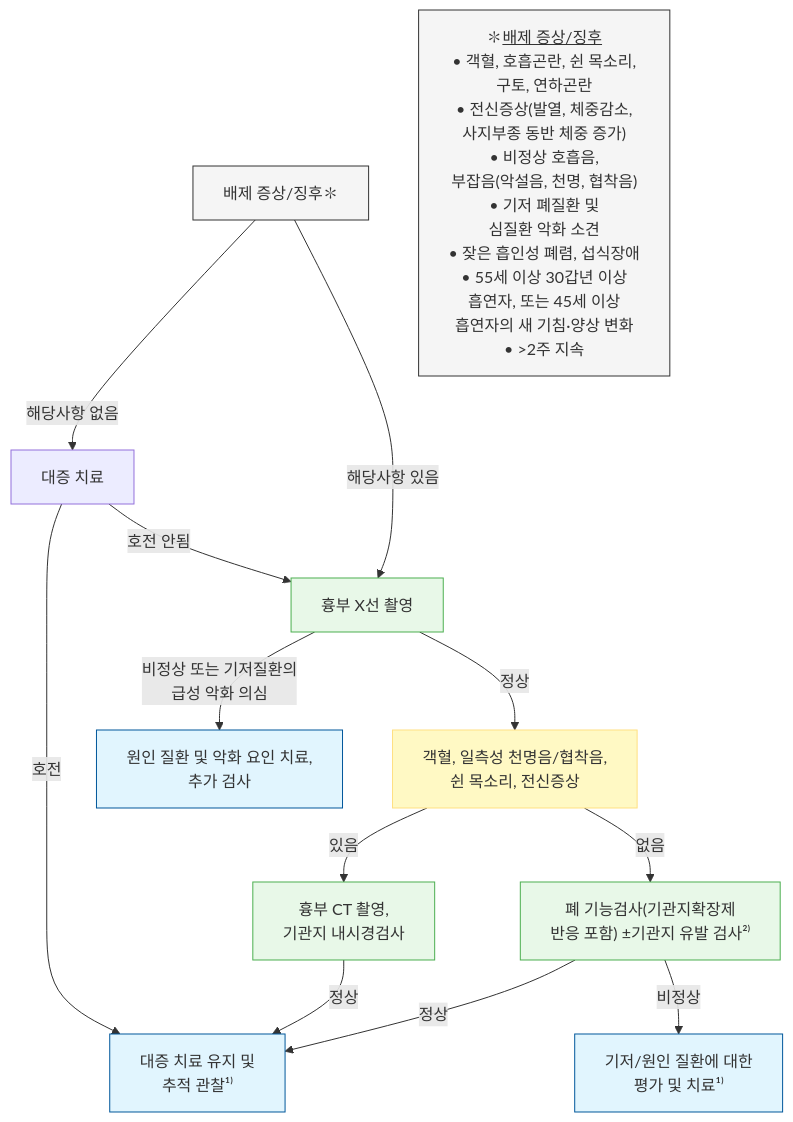
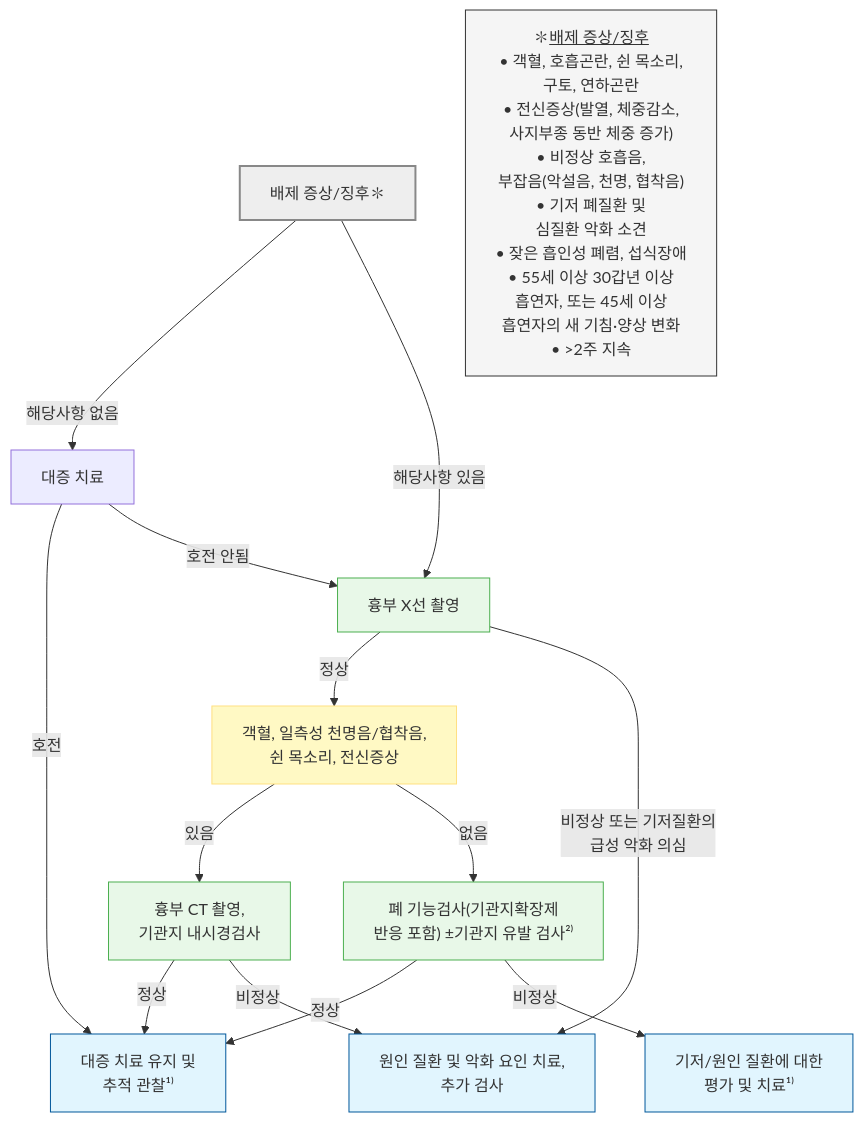
Before and after one commit to familyoh77/familyoh77: the first of 3 diagrams in 220_/006_-cough.md, drawn with Mermaid. The commit also changed other lines of this file and 4 other files, not shown here.

````diff
--- a/220_/006_-cough.md
+++ b/220_/006_-cough.md
@@ -200,27 +202,27 @@
 ```mermaid
 graph TD
-    %% 텍스트 양옆에 &emsp;를 추가하여 가로 길이를 강제로 늘립니다.
     Start["배제 증상/징후✽"]
     Start -- "해당사항 없음" --> Symptomatic["대증 치료"]
     FOOTNOTE["✽<u>배제 증상/징후</u><br/>• 객혈, 호흡곤란, 쉰 목소리, <br/>구토, 연하곤란<br/>• 전신증상(발열, 체중감소,<br/> 사지부종 동반 체중 증가)<br/>• 비정상 호흡음, <br/>부잡음(악설음, 천명, 협착음)<br/>• 기저 폐질환 및 <br/>심질환 악화 소견<br/>• 잦은 흡인성 폐렴, 섭식장애<br/>• 55세 이상 30갑년 이상 <br/>흡연자, 또는 45세 이상 <br/>흡연자의 새 기침·양상 변화<br/>• >2주 지속"]
     Symptomatic -- "호전" --> Maintain["대증 치료 유지 및 <br/>추적 관찰¹⁾"]
     Symptomatic -- "호전 안됨" --> Xray  
     Start -- "해당사항 있음" --> Xray["흉부 X선 촬영"]
     Xray -- "정상" --> RedFlags["객혈, 일측성 천명음/협착음,<br/>쉰 목소리, 전신증상"]
     Xray -- "비정상 또는 기저질환의 <br/>급성 악화 의심" --> TreatCause["원인 질환 및 악화 요인 치료, <br/>추가 검사"]
     RedFlags -- "있음" --> CT["흉부 CT 촬영, <br/>기관지 내시경검사"]
     RedFlags -- "없음" --> PFT["폐 기능검사(기관지확장제 <br/>반응 포함) ±기관지 유발 검사²⁾"]
     CT -- "정상" --> Maintain
+    CT -- "비정상" --> TreatCause
     PFT -- "정상" --> Maintain
     PFT -- "비정상" --> TreatBase["기저/원인 질환에 대한 <br/>평가 및 치료¹⁾"]
-style Start fill:#f5f5f5,stroke:#333
+style Start fill:#eeeeee,stroke:#888888,stroke-width:2px
 style FOOTNOTE fill:#f5f5f5,stroke:#333
 classDef yellow fill:#fff9c4,stroke:#ffe082
 class RedFlags yellow
 classDef lightGreen fill:#e8f8e8,stroke:#4caf50
 class Xray,CT,PFT lightGreen
     style Maintain fill:#e1f5fe,stroke:#01579b
     style TreatCause fill:#e1f5fe,stroke:#01579b
     style TreatBase fill:#e1f5fe,stroke:#01579b
 
 ```
````
